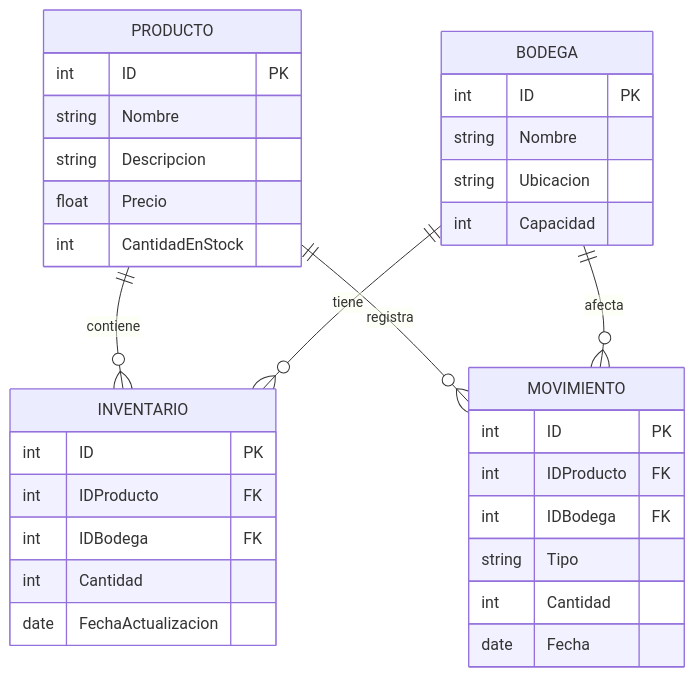
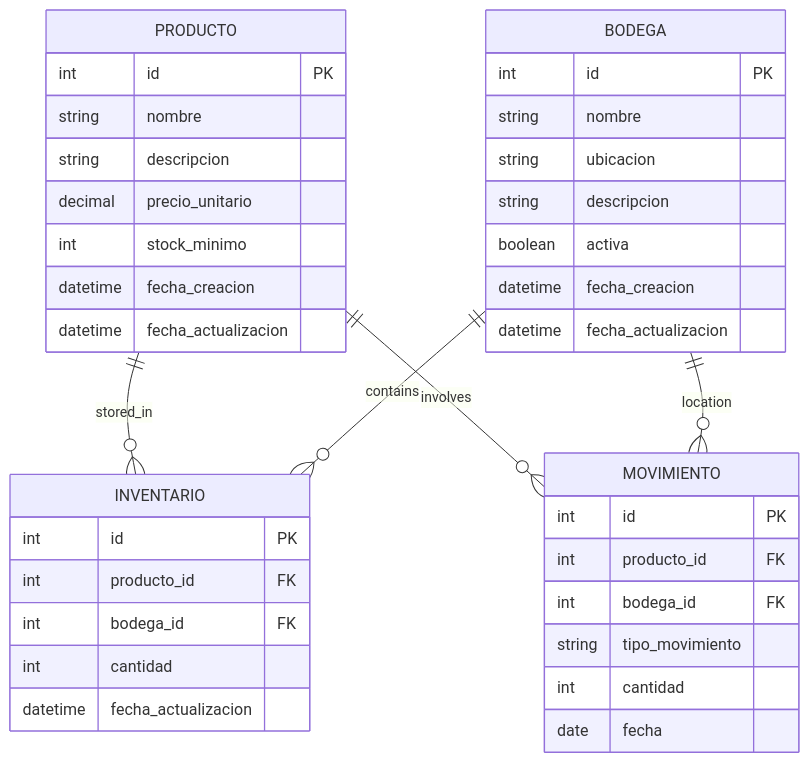
One commit to DiegoBarrosA/agranelos-functions-crud changed the second of 2 diagrams in README.md. Above: the diagram before and after it, drawn with Mermaid. The commit also changed other lines of this file and 5 other files, not shown here.

````diff
--- a/README.md
+++ b/README.md
@@ -44,35 +31,44 @@
 ```mermaid
 erDiagram
-    PRODUCTO ||--o{ INVENTARIO : contiene
-    BODEGA ||--o{ INVENTARIO : tiene
-    PRODUCTO ||--o{ MOVIMIENTO : registra
-    BODEGA ||--o{ MOVIMIENTO : afecta
     PRODUCTO {
-        int ID PK
-        string Nombre
-        string Descripcion
-        float Precio
-        int CantidadEnStock
+        int id PK
+        string nombre
+        string descripcion
+        decimal precio_unitario
+        int stock_minimo
+        datetime fecha_creacion
+        datetime fecha_actualizacion
     }
+    
     BODEGA {
-        int ID PK
-        string Nombre
-        string Ubicacion
-        int Capacidad
+        int id PK
+        string nombre
+        string ubicacion
+        string descripcion
+        boolean activa
+        datetime fecha_creacion
+        datetime fecha_actualizacion
     }
+    
     INVENTARIO {
-        int ID PK
-        int IDProducto FK
-        int IDBodega FK
-        int Cantidad
-        date FechaActualizacion
+        int id PK
+        int producto_id FK
+        int bodega_id FK
+        int cantidad
+        datetime fecha_actualizacion
     }
+    
     MOVIMIENTO {
-        int ID PK
-        int IDProducto FK
-        int IDBodega FK
-        string Tipo
-        int Cantidad
-        date Fecha
+        int id PK
+        int producto_id FK
+        int bodega_id FK
+        string tipo_movimiento
+        int cantidad
+        date fecha
     }
+    
+    PRODUCTO ||--o{ INVENTARIO : "stored_in"
+    BODEGA ||--o{ INVENTARIO : "contains"
+    PRODUCTO ||--o{ MOVIMIENTO : "involves"
+    BODEGA ||--o{ MOVIMIENTO : "location"
 ```
````
